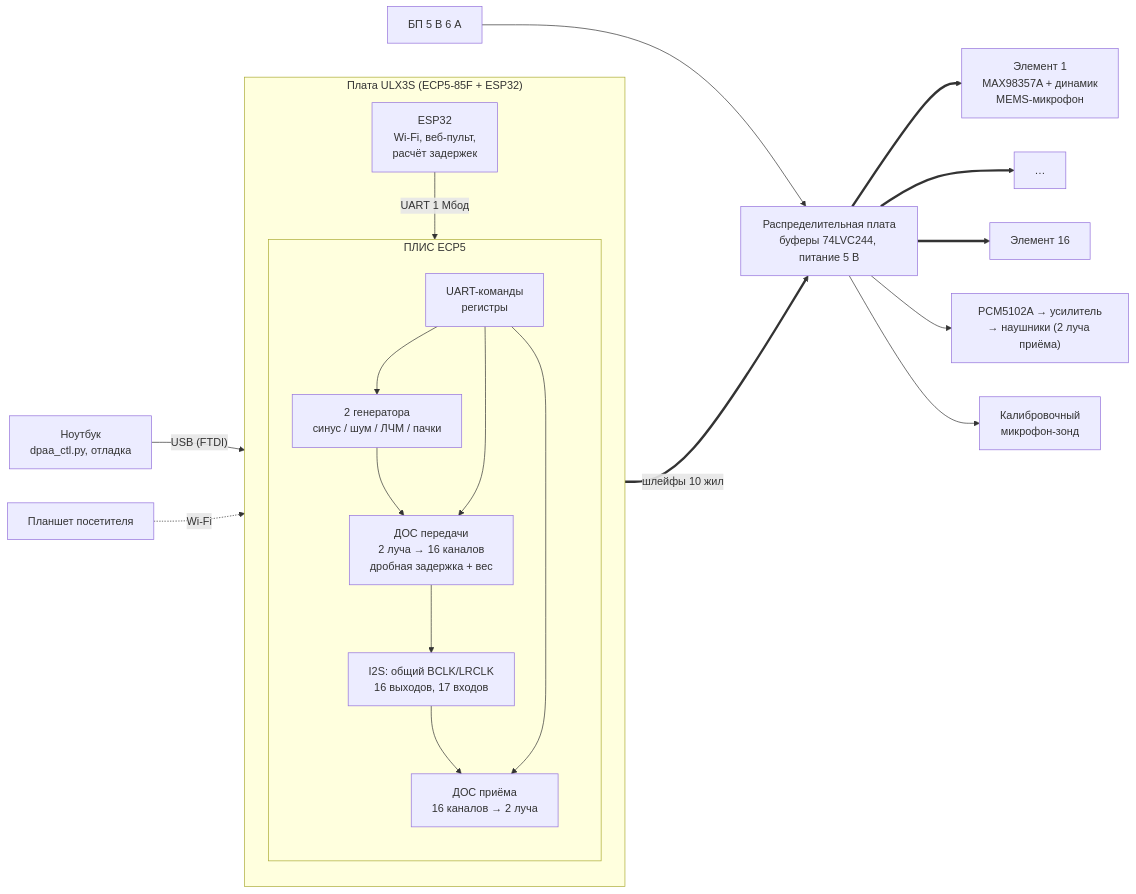
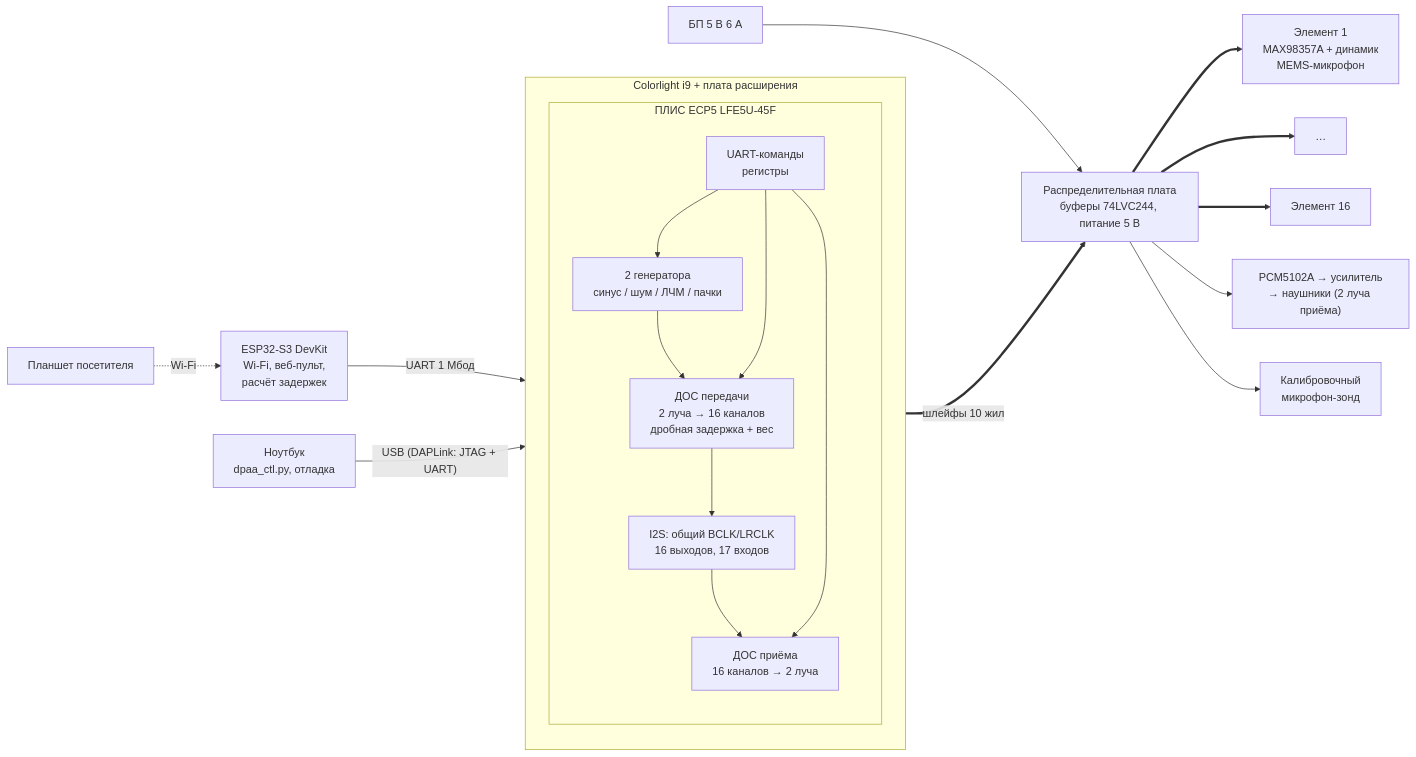
One commit to BaykaI/DPAA changed the diagram in docs/hardware/architecture.md. Above: the diagram before and after it, drawn with Mermaid. The commit also changed other lines of this file and 6 other files, not shown here.

First line of the commit message:
Docs: switch main FPGA board to Colorlight i9 + ESP32-S3

````diff
--- a/docs/hardware/architecture.md
+++ b/docs/hardware/architecture.md
@@ -35,28 +37,28 @@
 ```mermaid
 flowchart LR
-    subgraph ULX3S["Плата ULX3S (ECP5-85F + ESP32)"]
+    ESP["ESP32-S3 DevKit<br/>Wi‑Fi, веб-пульт,<br/>расчёт задержек"]
+    subgraph I9["Colorlight i9 + плата расширения"]
         direction TB
-        ESP["ESP32<br/>Wi‑Fi, веб-пульт,<br/>расчёт задержек"]
-        subgraph FPGA["ПЛИС ECP5"]
+        subgraph FPGA["ПЛИС ECP5 LFE5U-45F"]
             direction TB
             UART["UART-команды<br/>регистры"]
             GEN["2 генератора<br/>синус / шум / ЛЧМ / пачки"]
             DOSTX["ДОС передачи<br/>2 луча → 16 каналов<br/>дробная задержка + вес"]
             DOSRX["ДОС приёма<br/>16 каналов → 2 луча"]
             I2S["I2S: общий BCLK/LRCLK<br/>16 выходов, 17 входов"]
             GEN --> DOSTX --> I2S
             I2S --> DOSRX
             UART --> GEN & DOSTX & DOSRX
         end
-        ESP -- "UART 1 Мбод" --> UART
     end
-    NB["Ноутбук<br/>dpaa_ctl.py, отладка"] -- "USB (FTDI)" --> UART
+    ESP -- "UART 1 Мбод" --> UART
+    NB["Ноутбук<br/>dpaa_ctl.py, отладка"] -- "USB (DAPLink: JTAG + UART)" --> UART
     TAB["Планшет посетителя"] -. Wi‑Fi .-> ESP
     I2S == "шлейфы 10 жил" ==> HUB["Распределительная плата<br/>буферы 74LVC244, питание 5 В"]
     HUB ==> E1["Элемент 1<br/>MAX98357A + динамик<br/>MEMS-микрофон"]
     HUB ==> E2["…"]
     HUB ==> E16["Элемент 16"]
     HUB --> DAC["PCM5102A → усилитель<br/>→ наушники (2 луча приёма)"]
     HUB --> CAL["Калибровочный<br/>микрофон-зонд"]
     PSU["БП 5 В 6 А"] --> HUB
 ```
````
